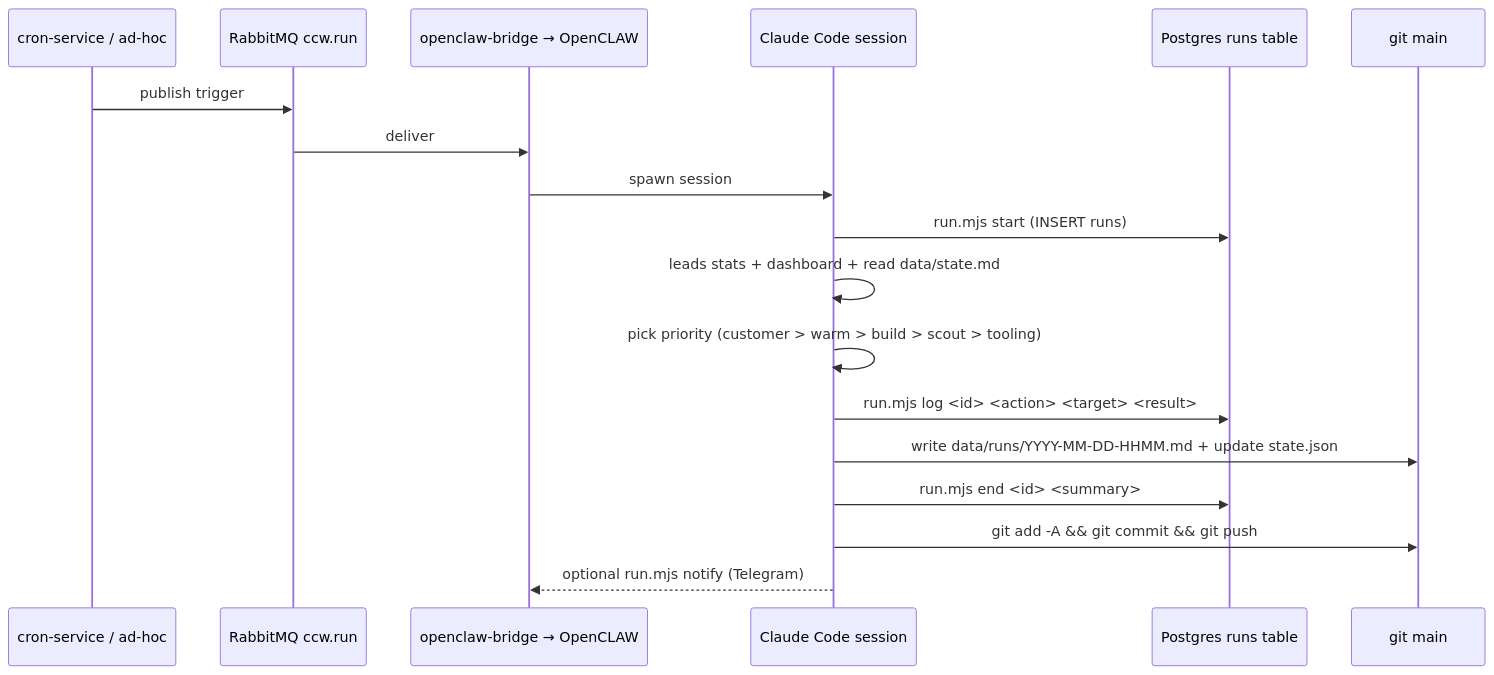
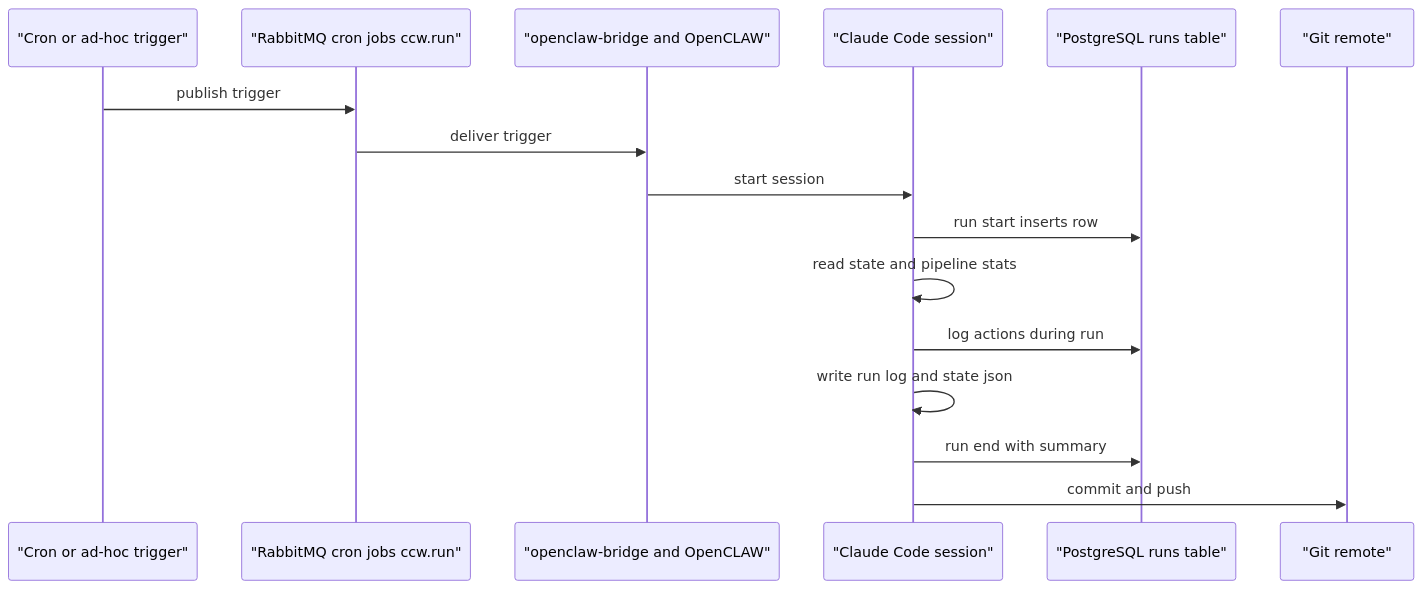
Before and after one commit to Jeffrey-Keyser/project-wiki: the diagram in content/repos/Jeffrey-Keyser-cream-city-web/Iteration-Loop.md, drawn with Mermaid. The commit also changed other lines of this file and 150 other files, not shown here.

````diff
--- a/content/repos/Jeffrey-Keyser-cream-city-web/Iteration-Loop.md
+++ b/content/repos/Jeffrey-Keyser-cream-city-web/Iteration-Loop.md
@@ -12,21 +12,18 @@
 ```mermaid
 sequenceDiagram
-  participant Cron as cron-service / ad-hoc
-  participant MQ as RabbitMQ ccw.run
-  participant Bridge as openclaw-bridge → OpenCLAW
-  participant Claude as Claude Code session
-  participant DB as Postgres runs table
-  participant Repo as git main
-
-  Cron->>MQ: publish trigger
-  MQ->>Bridge: deliver
-  Bridge->>Claude: spawn session
-  Claude->>DB: run.mjs start (INSERT runs)
-  Claude->>Claude: leads stats + dashboard + read data/state.md
-  Claude->>Claude: pick priority (customer > warm > build > scout > tooling)
-  Claude->>DB: run.mjs log <id> <action> <target> <result>
-  Claude->>Repo: write data/runs/YYYY-MM-DD-HHMM.md + update state.json
-  Claude->>DB: run.mjs end <id> <summary>
-  Claude->>Repo: git add -A && git commit && git push
-  Claude-->>Bridge: optional run.mjs notify (Telegram)
+  participant T as "Cron or ad-hoc trigger"
+  participant Q as "RabbitMQ cron jobs ccw.run"
+  participant B as "openclaw-bridge and OpenCLAW"
+  participant S as "Claude Code session"
+  participant D as "PostgreSQL runs table"
+  participant G as "Git remote"
+  T->>Q: publish trigger
+  Q->>B: deliver trigger
+  B->>S: start session
+  S->>D: run start inserts row
+  S->>S: read state and pipeline stats
+  S->>D: log actions during run
+  S->>S: write run log and state json
+  S->>D: run end with summary
+  S->>G: commit and push
 ```
````
